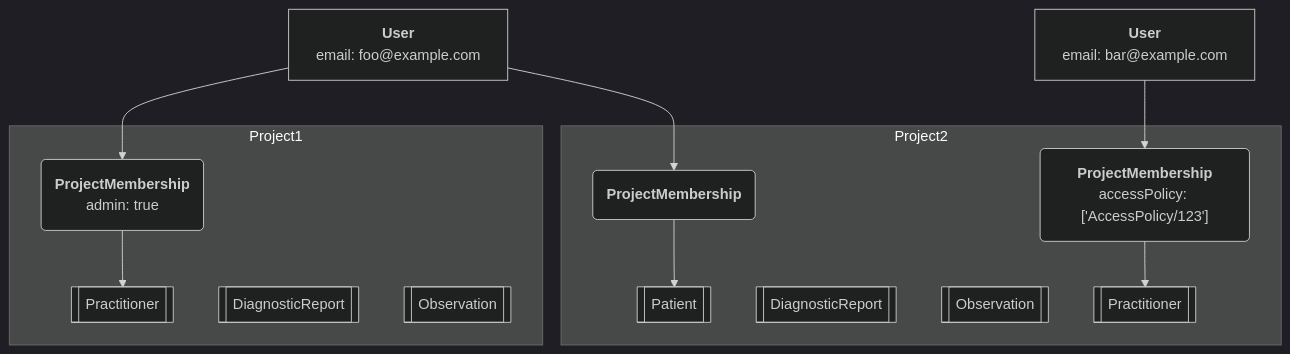
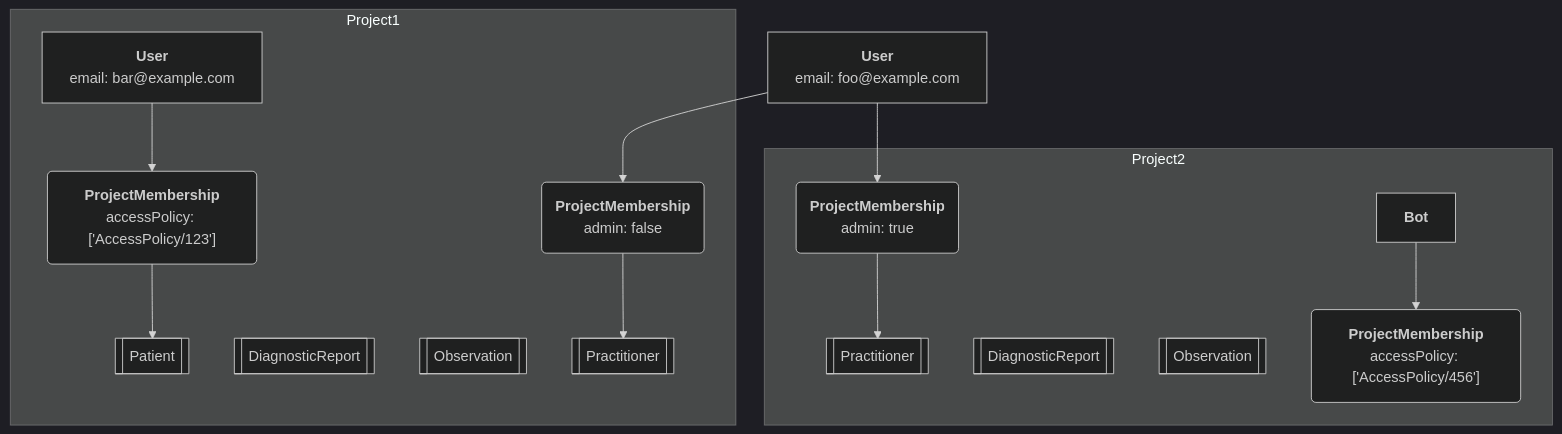
One commit to medplum/medplum changed the diagram in packages/docs/docs/auth/user-management-guide/user-management-guide.md. Above: the diagram before and after it, drawn with Mermaid (dark theme). The commit also changed other lines of this file and 1 other file, not shown here.

Commit message:
Clarification on per-server vs. per-project users

````diff
--- a/packages/docs/docs/auth/user-management-guide/user-management-guide.md
+++ b/packages/docs/docs/auth/user-management-guide/user-management-guide.md
@@ -19,29 +19,30 @@
 ```mermaid
 
 graph TD
 	User1["<strong>User</strong><br/>email: foo@example.com"]
-	User2["<strong>User</strong><br/>email: bar@example.com"]
 	PM1_1("<strong>ProjectMembership</strong><br/>admin: true")
-	PM1_2("<strong>ProjectMembership<strong>")
+	PM1_2("<strong>ProjectMembership</strong><br/>admin: false")
 	PM2_2("<strong>ProjectMembership</strong><br/>accessPolicy: ['AccessPolicy/123']")
 
   User1 -->PM1_1
 	User1 -->PM1_2
 	User2 -->PM2_2
 
-  subgraph Project1
+  subgraph Project2
     PM1_1 --> p1
 	  p1[[Practitioner]]
 	  p2[[DiagnosticReport]]
 	  p3[[Observation]]
+    Bot["<strong>Bot</strong>"] --> PM2_3("<strong>ProjectMembership</strong><br/>accessPolicy: ['AccessPolicy/456']")
 	end
-	subgraph Project2
+	subgraph Project1
+    User2["<strong>User</strong><br/>email: bar@example.com"]
     PM1_2 --> p4
-		p4[[Patient]]
+		p4[[Practitioner]]
 	  p5[[DiagnosticReport]]
 	  p6[[Observation]]
-    p7[[Practitioner]]
+    p7[[Patient]]
     PM2_2 --> p7
 	end
 
 ```
````
